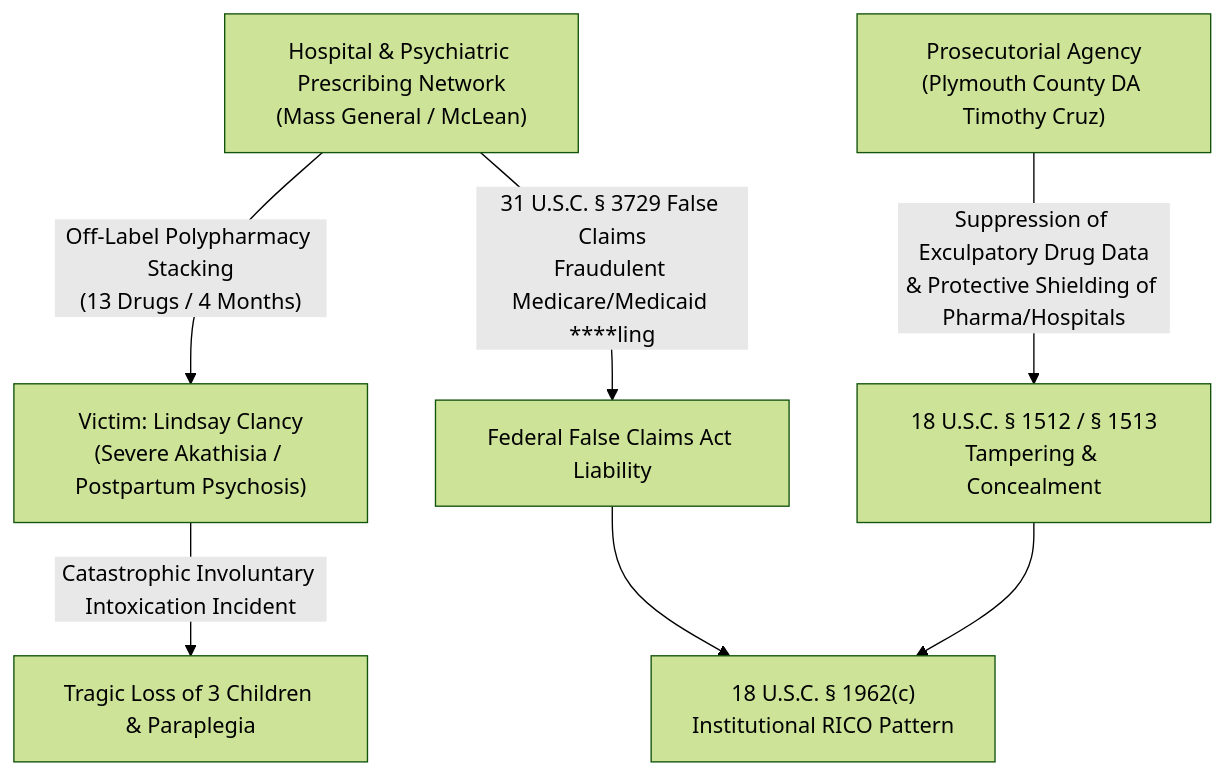
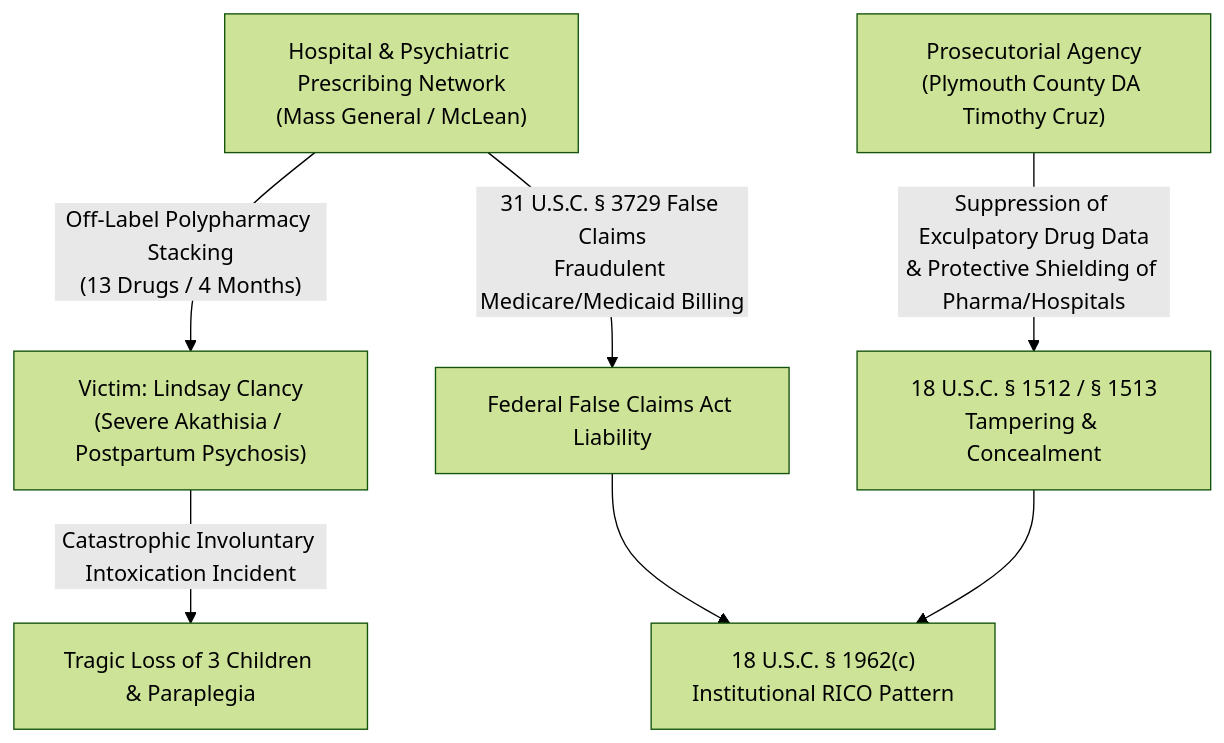
One commit to Tonypost949/OsintNeoAi changed the diagram in public_export/docs/PHARMACEUTICAL_OVERMEDICATION_PROSECUTORIAL_RICO.md. Above: the diagram before and after it, drawn with Mermaid (forest theme). The commit also changed other lines of this file and 1052 other files, not shown here.

````diff
--- a/public_export/docs/PHARMACEUTICAL_OVERMEDICATION_PROSECUTORIAL_RICO.md
+++ b/public_export/docs/PHARMACEUTICAL_OVERMEDICATION_PROSECUTORIAL_RICO.md
@@ -22,8 +22,8 @@
 ```mermaid
 graph TD
     A["Hospital & Psychiatric Prescribing Network<br>(Mass General / McLean)"] -->|"Off-Label Polypharmacy Stacking<br>(13 Drugs / 4 Months)"| B["Victim: Lindsay Clancy<br>(Severe Akathisia / Postpartum Psychosis)"]
     B -->|"Catastrophic Involuntary Intoxication Incident"| C["Tragic Loss of 3 Children & Paraplegia"]
     D["Prosecutorial Agency<br>(Plymouth County DA Timothy Cruz)"] -->|"Suppression of Exculpatory Drug Data<br>& Protective Shielding of Pharma/Hospitals"| E["18 U.S.C. § 1512 / § 1513<br>Tampering & Concealment"]
-    A -->|"31 U.S.C. § 3729 False Claims<br>Fraudulent Medicare/Medicaid ****ling"| F["Federal False Claims Act Liability"]
+    A -->|"31 U.S.C. § 3729 False Claims<br>Fraudulent Medicare/Medicaid Billing"| F["Federal False Claims Act Liability"]
     E & F --> G["18 U.S.C. § 1962(c)<br>Institutional RICO Pattern"]
 ```
````
